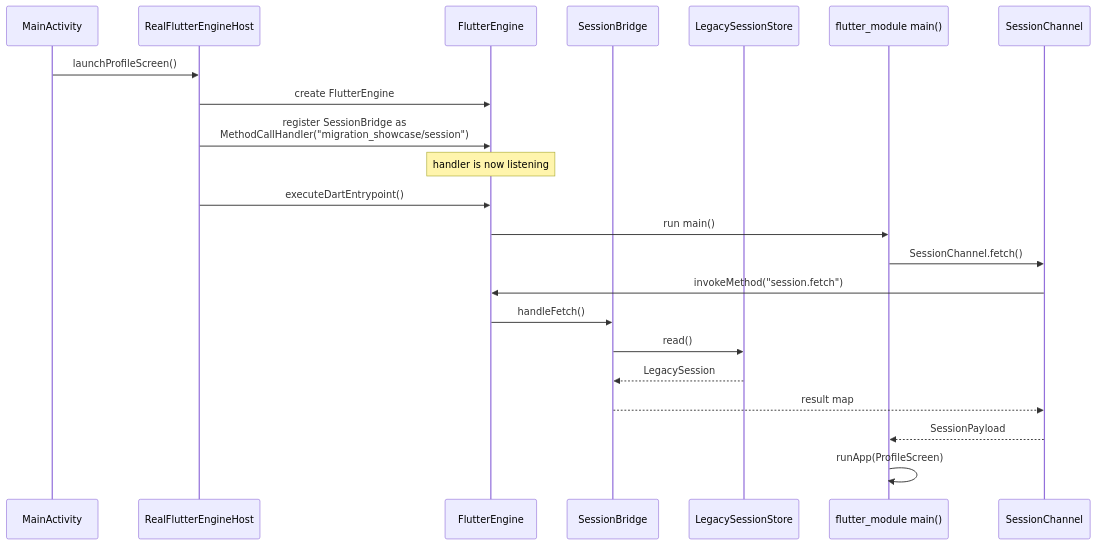
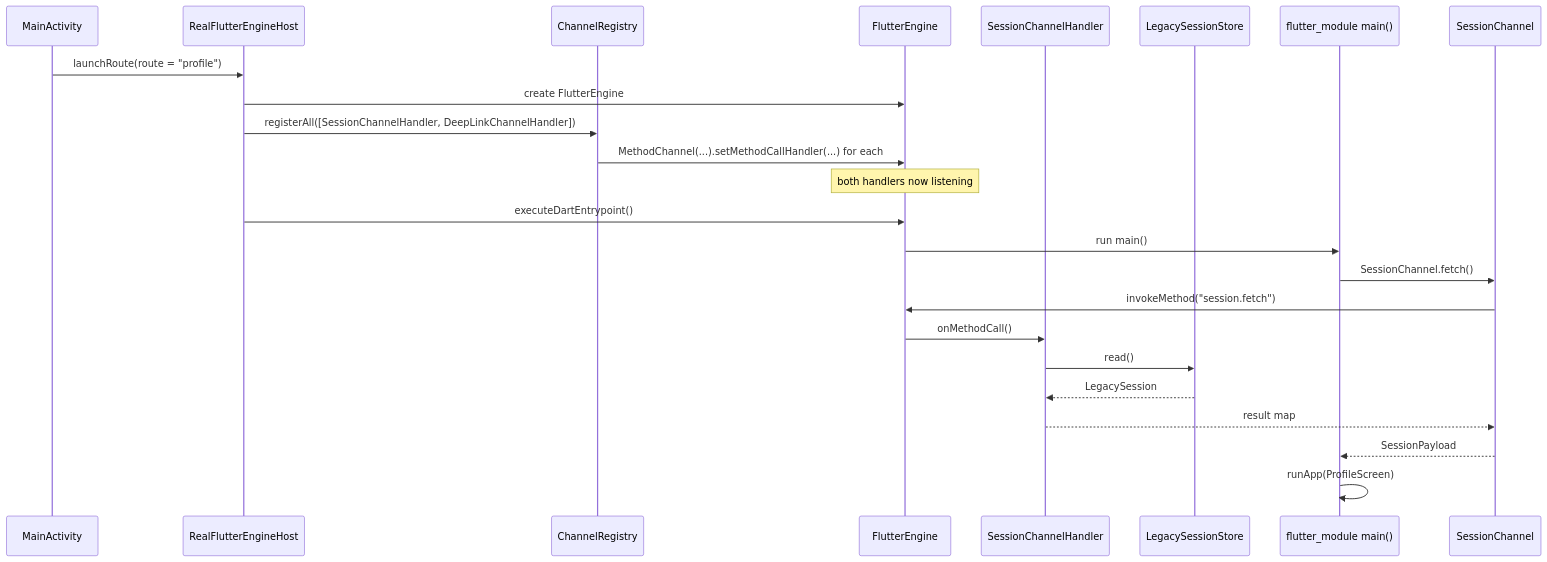
The second of 2 diagrams in docs/architecture.md (arkariz/flutter-native-migration-showcase), drawn with Mermaid before and after one commit. The commit also changed other lines of this file and 26 other files, not shown here.

````diff
--- a/docs/architecture.md
+++ b/docs/architecture.md
@@ -56,25 +73,27 @@
 ```mermaid
 sequenceDiagram
     participant Main as MainActivity
     participant Host as RealFlutterEngineHost
+    participant Registry as ChannelRegistry
     participant Engine as FlutterEngine
-    participant Bridge as SessionBridge
+    participant SessionH as SessionChannelHandler
     participant Store as LegacySessionStore
     participant Dart as flutter_module main()
     participant Channel as SessionChannel
 
-    Main->>Host: launchProfileScreen()
+    Main->>Host: launchRoute(route = "profile")
     Host->>Engine: create FlutterEngine
-    Host->>Engine: register SessionBridge as<br/>MethodCallHandler("migration_showcase/session")
-    Note over Engine: handler is now listening
+    Host->>Registry: registerAll([SessionChannelHandler, DeepLinkChannelHandler])
+    Registry->>Engine: MethodChannel(...).setMethodCallHandler(...) for each
+    Note over Engine: both handlers now listening
     Host->>Engine: executeDartEntrypoint()
     Engine->>Dart: run main()
     Dart->>Channel: SessionChannel.fetch()
     Channel->>Engine: invokeMethod("session.fetch")
-    Engine->>Bridge: handleFetch()
-    Bridge->>Store: read()
-    Store-->>Bridge: LegacySession
-    Bridge-->>Channel: result map
+    Engine->>SessionH: onMethodCall()
+    SessionH->>Store: read()
+    Store-->>SessionH: LegacySession
+    SessionH-->>Channel: result map
     Channel-->>Dart: SessionPayload
     Dart->>Dart: runApp(ProfileScreen)
 ```
````
